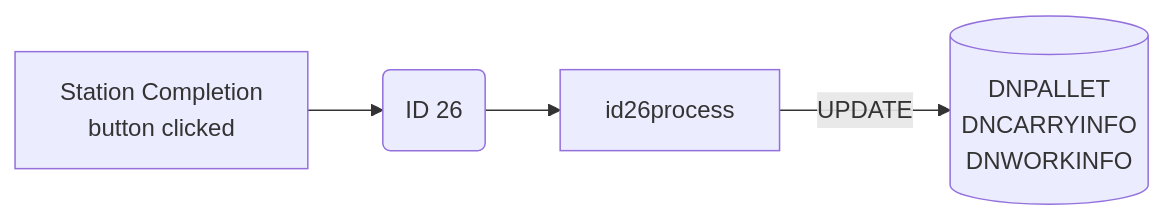
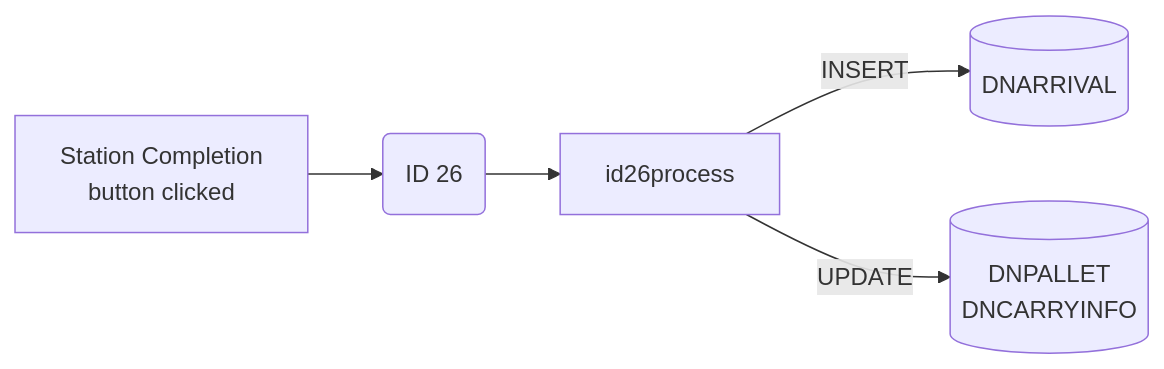
One commit to luthfiadityaa/SimeDarby-Wiki changed diagram 11 of 19 in Basic-Design/DFD-WMS/Inventory-Check/Inventory-Check-from-Ambient-Area.md. Above: the diagram before and after it, drawn with Mermaid. The commit also changed other lines of this file, not shown here.

```diff
--- a/Basic-Design/DFD-WMS/Inventory-Check/Inventory-Check-from-Ambient-Area.md
+++ b/Basic-Design/DFD-WMS/Inventory-Check/Inventory-Check-from-Ambient-Area.md
@@ -504,20 +503,24 @@
 ::: mermaid
 flowchart LR
 
 id26msg("
 ID 26
 ")
 
+id26-insert[("
+DNARRIVAL
+")]
+
 id26-update[("
 DNPALLET
 DNCARRYINFO
-DNWORKINFO
 ")]
 
 buttonclicked["
 Station Completion 
 button clicked
 "]
 
+id26process--> |INSERT| id26-insert
 buttonclicked-->id26msg-->id26process--> |UPDATE| id26-update
 :::
```
